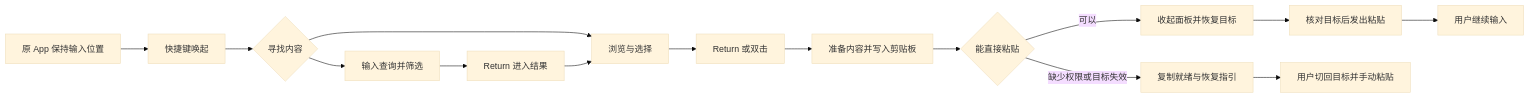
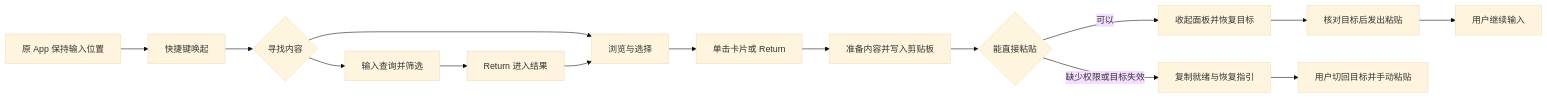
Before and after one commit to Bestbbb/clipshelf: the first of 3 diagrams in docs/PRODUCT_FLOWS.zh-CN.md, drawn with Mermaid (base theme). The commit also changed other lines of this file and 26 other files, not shown here.

````diff
--- a/docs/PRODUCT_FLOWS.zh-CN.md
+++ b/docs/PRODUCT_FLOWS.zh-CN.md
@@ -77,17 +79,17 @@
 ```mermaid
 flowchart LR
     A[原 App 保持输入位置] --> B[快捷键唤起]
     B --> C{寻找内容}
     C --> D[浏览与选择]
     C --> E[输入查询并筛选]
     E --> F[Return 进入结果]
     F --> D
-    D --> G[Return 或双击]
+    D --> G[单击卡片或 Return]
     G --> P[准备内容并写入剪贴板]
     P --> H{能直接粘贴}
     H -->|可以| I[收起面板并恢复目标]
     I --> J[核对目标后发出粘贴]
     H -->|缺少权限或目标失效| K[复制就绪与恢复指引]
     J --> L[用户继续输入]
     K --> M[用户切回目标并手动粘贴]
 ```
````
